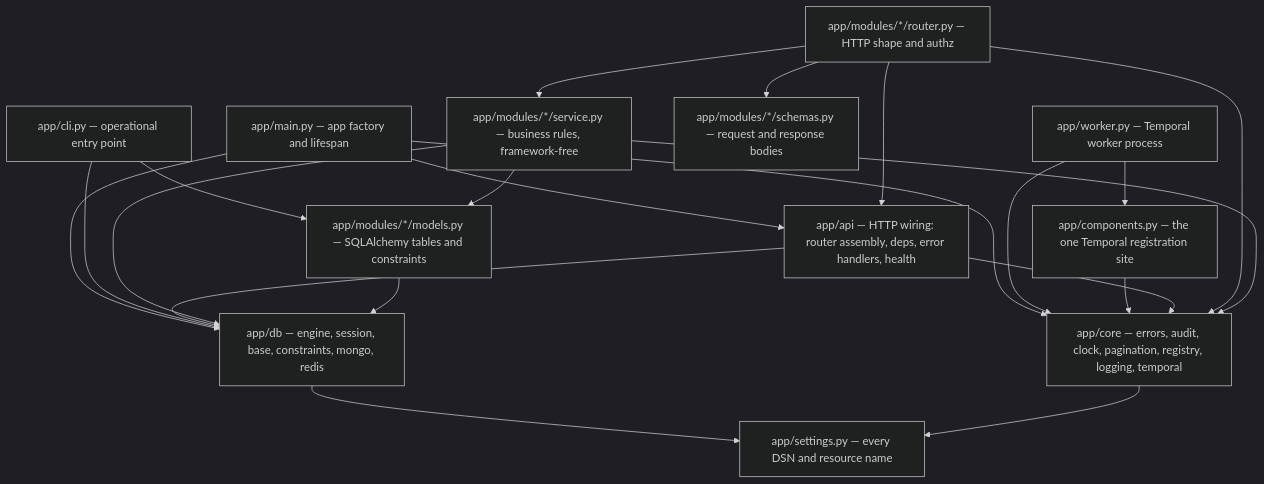
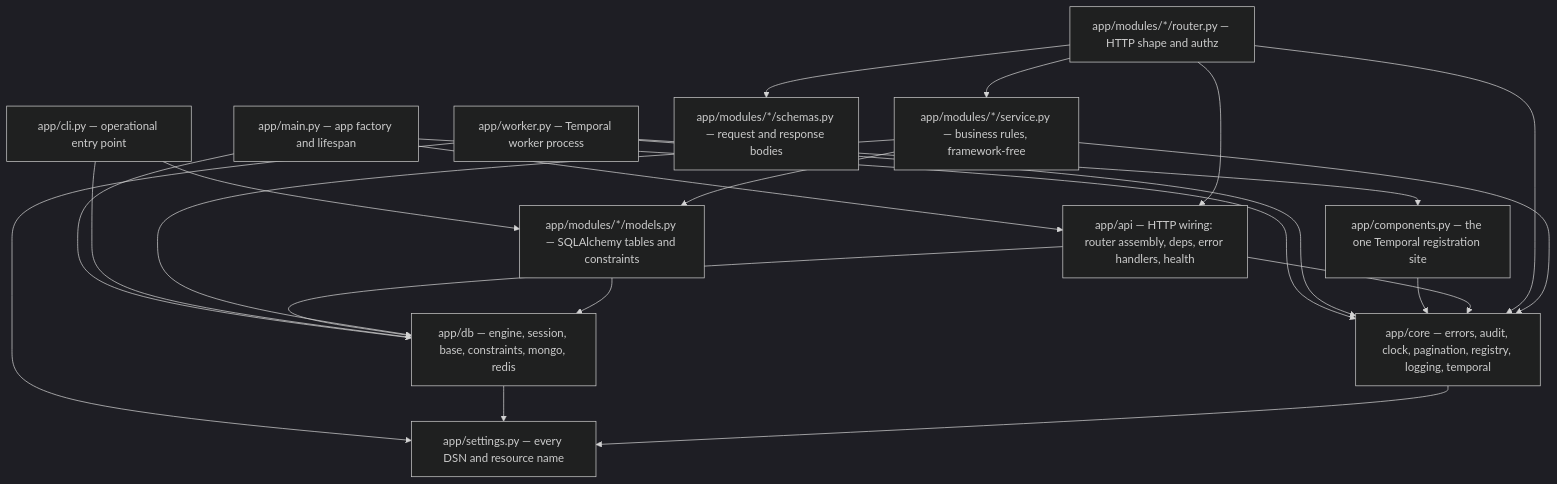
One commit to sadainiqrar/smarthealth changed the first of 8 diagrams in docs/ARCHITECTURE.md. Above: the diagram before and after it, drawn with Mermaid (dark theme). The commit also changed other lines of this file and 3 other files, not shown here.

````diff
--- a/docs/ARCHITECTURE.md
+++ b/docs/ARCHITECTURE.md
@@ -94,36 +95,37 @@
 ```mermaid
 flowchart TD
     main["app/main.py — app factory and lifespan"]
     cli["app/cli.py — operational entry point"]
     worker["app/worker.py — Temporal worker process"]
     components["app/components.py — the one Temporal registration site"]
     api["app/api — HTTP wiring: router assembly, deps, error handlers, health"]
     routers["app/modules/*/router.py — HTTP shape and authz"]
     schemas["app/modules/*/schemas.py — request and response bodies"]
     services["app/modules/*/service.py — business rules, framework-free"]
     models["app/modules/*/models.py — SQLAlchemy tables and constraints"]
     db["app/db — engine, session, base, constraints, mongo, redis"]
     core["app/core — errors, audit, clock, pagination, registry, logging, temporal"]
     settings["app/settings.py — every DSN and resource name"]
 
     main --> api
     main --> db
     main --> core
     cli --> db
     cli --> models
     worker --> components
     worker --> core
+    worker --> settings
     components --> core
     api --> core
     api --> db
     routers --> schemas
     routers --> services
     routers --> api
     routers --> core
     services --> models
     services --> core
     services --> db
     models --> db
     db --> settings
     core --> settings
 ```
````
